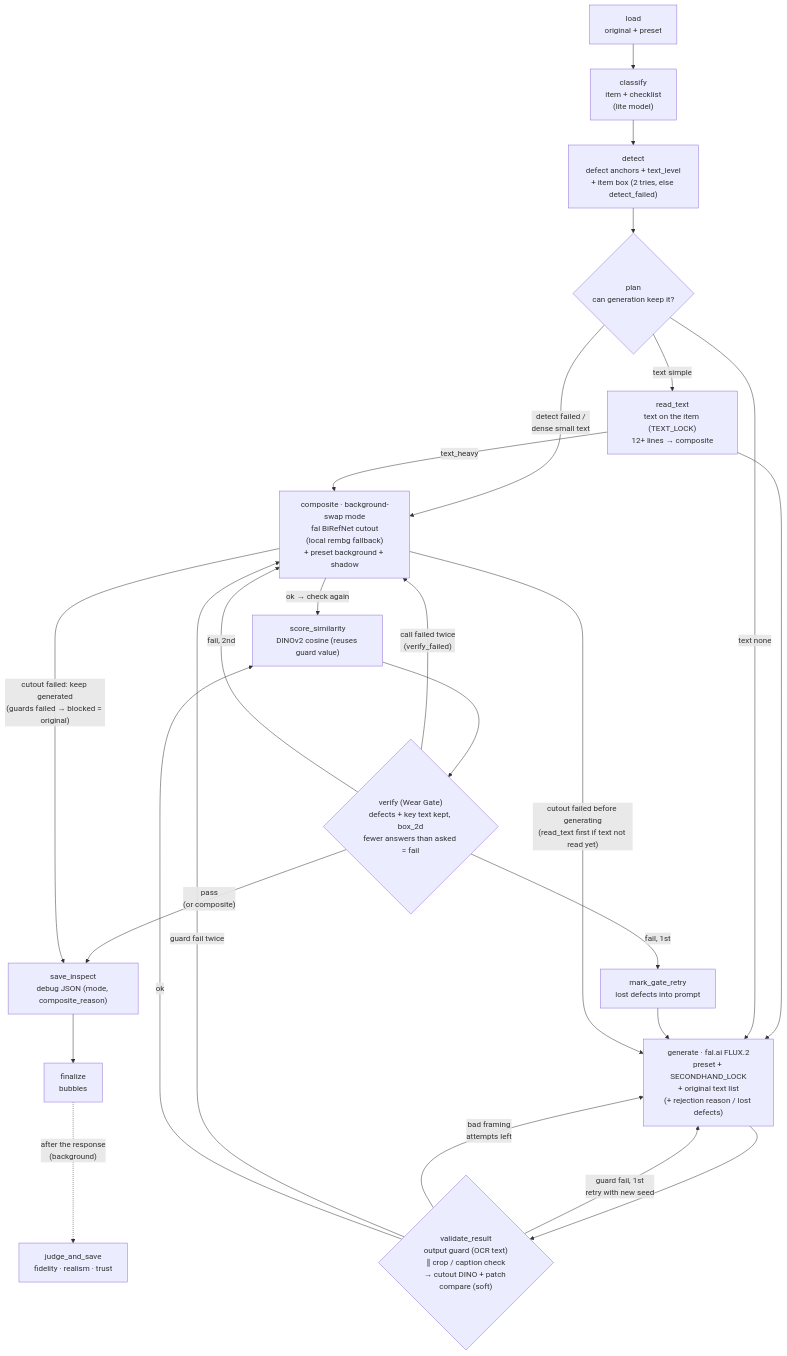
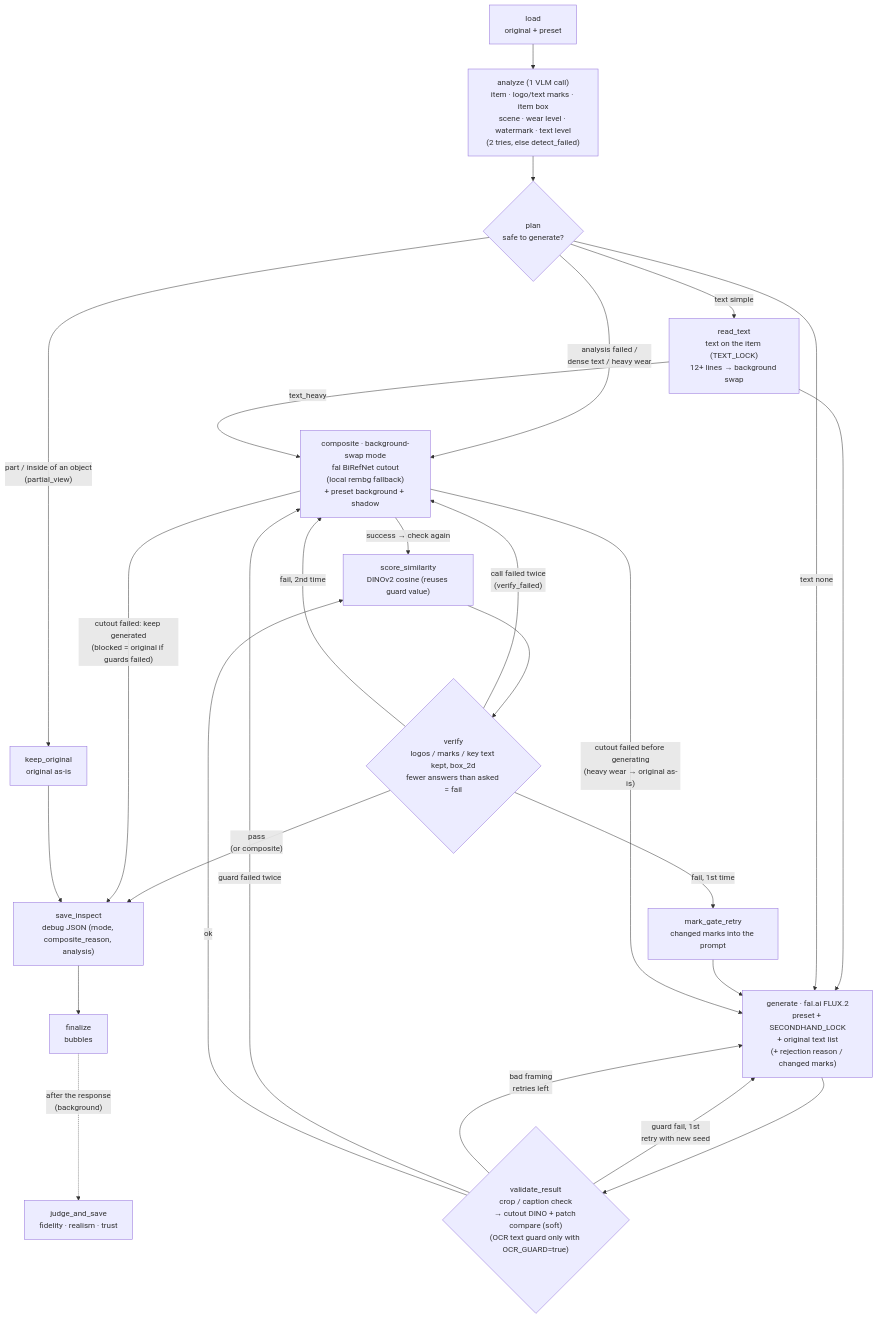
The diagram in Readme.md (cha0620/Carret-App), drawn with Mermaid before and after one commit. The commit also changed other lines of this file and 35 other files, not shown here.

First line of the commit message:
feat: 첫 단계를 analyze 로 — 하자 앵커 제거, 사진 유형·하자 수준으로 생성 여부 결정, OCR 가드 끔

````diff
--- a/Readme.md
+++ b/Readme.md
@@ -32,27 +33,28 @@
 ```mermaid
 flowchart TD
-  L["load<br/>original + preset"] --> C["classify<br/>item + checklist<br/>(lite model)"]
-  C --> D["detect<br/>defect anchors + text_level<br/>+ item box (2 tries, else detect_failed)"]
-  D --> P{"plan<br/>can generation keep it?"}
-  P -->|"detect failed /<br/>dense small text"| X
-  P -->|"text simple"| T["read_text<br/>text on the item (TEXT_LOCK)<br/>12+ lines → composite"]
+  L["load<br/>original + preset"] --> A["analyze (1 VLM call)<br/>item · logo/text marks · item box<br/>scene · wear level · watermark · text level<br/>(2 tries, else detect_failed)"]
+  A --> P{"plan<br/>safe to generate?"}
+  P -->|"part / inside of an object<br/>(partial_view)"| O["keep_original<br/>original as-is"]
+  P -->|"analysis failed /<br/>dense text / heavy wear"| X
+  P -->|"text simple"| T["read_text<br/>text on the item (TEXT_LOCK)<br/>12+ lines → background swap"]
   T --> G
   T -->|text_heavy| X
-  P -->|"text none"| G["generate · fal.ai FLUX.2<br/>preset + SECONDHAND_LOCK<br/>+ original text list<br/>(+ rejection reason / lost defects)"]
-  G --> V{"validate_result<br/>output guard (OCR text)<br/>∥ crop / caption check<br/>→ cutout DINO + patch compare (soft)"}
+  P -->|"text none"| G["generate · fal.ai FLUX.2<br/>preset + SECONDHAND_LOCK<br/>+ original text list<br/>(+ rejection reason / changed marks)"]
+  G --> V{"validate_result<br/>crop / caption check<br/>→ cutout DINO + patch compare (soft)<br/>(OCR text guard only with OCR_GUARD=true)"}
   V -->|"guard fail, 1st<br/>retry with new seed"| G
-  V -->|"bad framing<br/>attempts left"| G
-  V -->|"guard fail twice"| X
+  V -->|"bad framing<br/>retries left"| G
+  V -->|"guard failed twice"| X
   V -->|ok| S["score_similarity<br/>DINOv2 cosine (reuses guard value)"]
-  S --> VR{"verify (Wear Gate)<br/>defects + key text kept, box_2d<br/>fewer answers than asked = fail"}
+  S --> VR{"verify<br/>logos / marks / key text kept, box_2d<br/>fewer answers than asked = fail"}
   VR -->|"pass<br/>(or composite)"| I
-  VR -->|"fail, 1st"| R["mark_gate_retry<br/>lost defects into prompt"]
+  VR -->|"fail, 1st time"| R["mark_gate_retry<br/>changed marks into the prompt"]
   R --> G
   VR -->|"call failed twice<br/>(verify_failed)"| X
-  VR -->|"fail, 2nd"| X["composite · background-swap mode<br/>fal BiRefNet cutout<br/>(local rembg fallback)<br/>+ preset background + shadow"]
-  X -->|"ok → check again"| S
-  X -->|"cutout failed before generating<br/>(read_text first if text not read yet)"| G
-  X -->|"cutout failed: keep generated<br/>(guards failed → blocked = original)"| I
-  I["save_inspect<br/>debug JSON (mode, composite_reason)"] --> F["finalize<br/>bubbles"]
+  VR -->|"fail, 2nd time"| X["composite · background-swap mode<br/>fal BiRefNet cutout<br/>(local rembg fallback)<br/>+ preset background + shadow"]
+  X -->|"success → check again"| S
+  X -->|"cutout failed before generating<br/>(heavy wear → original as-is)"| G
+  X -->|"cutout failed: keep generated<br/>(blocked = original if guards failed)"| I
+  O --> I
+  I["save_inspect<br/>debug JSON (mode, composite_reason, analysis)"] --> F["finalize<br/>bubbles"]
   F -.->|"after the response<br/>(background)"| J["judge_and_save<br/>fidelity · realism · trust"]
 ```
````
